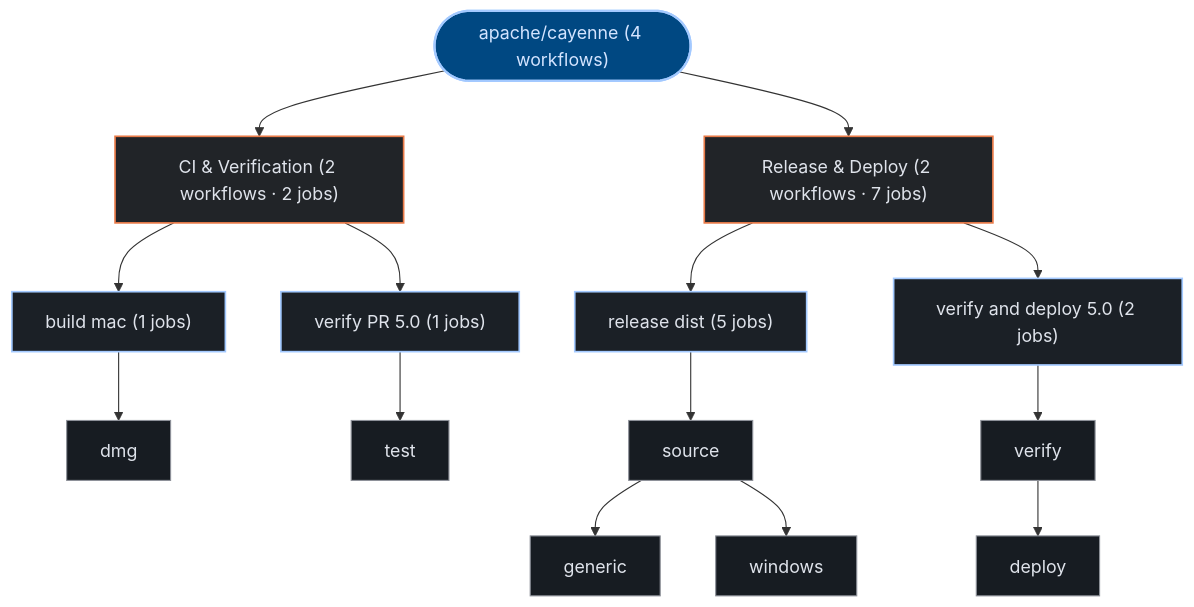
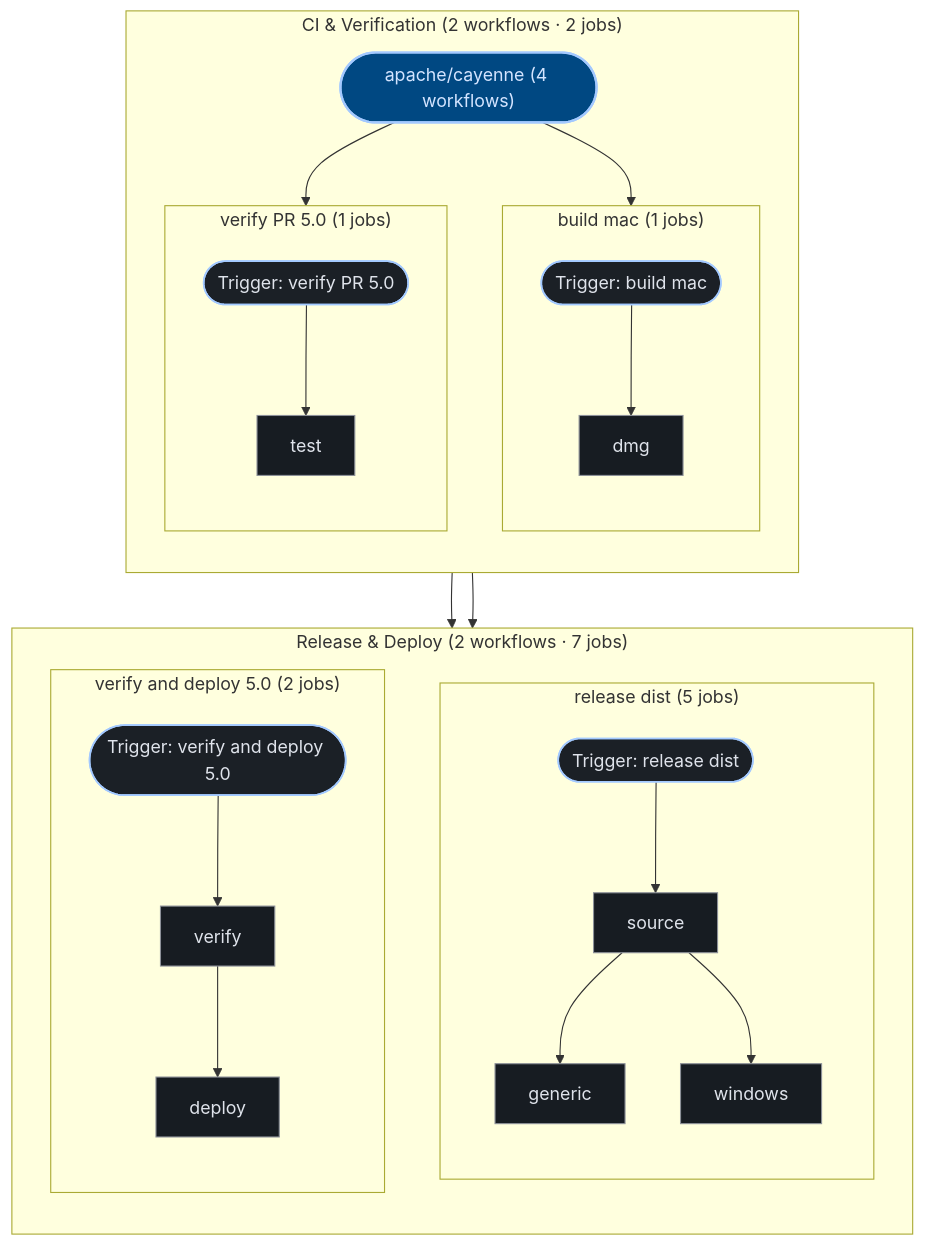
The third of 3 diagrams in exports/latest/reports/apache-cayenne-report.md (kumarshaz/atruss-code-atlas), drawn with Mermaid before and after one commit. The commit also changed 181 other files, not shown here.

````diff
--- a/exports/latest/reports/apache-cayenne-report.md
+++ b/exports/latest/reports/apache-cayenne-report.md
@@ -223,37 +223,51 @@
 ```mermaid
 graph TD;
   classDef atlasRoot fill:#004882,stroke:#a3c9ff,stroke-width:2px,color:#d3e4ff
   classDef atlasCategory fill:#212428,stroke:#E87A48,stroke-width:1.5px,color:#dfe3eb
   classDef atlasWorkflow fill:#1b2026,stroke:#a3c9ff,stroke-width:1.5px,color:#dfe3eb
   classDef atlasJob fill:#171c22,stroke:#8d9199,stroke-width:1px,color:#dfe3eb
   classDef atlasTarget fill:#005227,stroke:#8bd99b,stroke-width:1.5px,color:#a7f6b6
   classDef atlasAlert fill:#93000a,stroke:#ffb4ab,stroke-width:1.5px,color:#ffdad6
   classDef atlasMore fill:#252a31,stroke:#8d9199,stroke-dasharray:4 4,color:#c3c6cf
   pipeline_root(["apache/cayenne (4 workflows)"]):::atlasRoot
-  grp_0_CI___Verification["CI & Verification (2 workflows · 2 jobs)"]:::atlasCategory
-  pipeline_root --> grp_0_CI___Verification
-  wf_0_build_mac["build mac (1 jobs)"]:::atlasWorkflow
-  grp_0_CI___Verification --> wf_0_build_mac
-  job_0_dmg["dmg"]:::atlasJob
-  wf_0_build_mac --> job_0_dmg
-  wf_3_verify_PR_5_0["verify PR 5.0 (1 jobs)"]:::atlasWorkflow
-  grp_0_CI___Verification --> wf_3_verify_PR_5_0
-  job_3_test["test"]:::atlasJob
-  wf_3_verify_PR_5_0 --> job_3_test
-  grp_1_Release___Deploy["Release & Deploy (2 workflows · 7 jobs)"]:::atlasCategory
-  pipeline_root --> grp_1_Release___Deploy
-  wf_1_release_dist["release dist (5 jobs)"]:::atlasWorkflow
-  grp_1_Release___Deploy --> wf_1_release_dist
-  job_1_source["source"]:::atlasJob
-  job_1_generic["generic"]:::atlasJob
-  job_1_windows["windows"]:::atlasJob
-  wf_1_release_dist --> job_1_source
-  job_1_source --> job_1_generic
-  job_1_source --> job_1_windows
-  wf_2_verify_and_deploy_5_0["verify and deploy 5.0 (2 jobs)"]:::atlasWorkflow
-  grp_1_Release___Deploy --> wf_2_verify_and_deploy_5_0
-  job_2_verify["verify"]:::atlasJob
-  job_2_deploy["deploy"]:::atlasJob
-  wf_2_verify_and_deploy_5_0 --> job_2_verify
-  job_2_verify --> job_2_deploy
+  subgraph sg_grp_0_CI___Verification["CI & Verification (2 workflows · 2 jobs)"]
+    direction TB
+    subgraph sg_wf_0_build_mac["build mac (1 jobs)"]
+      direction TB
+      wf_0_build_mac(["Trigger: build mac"]):::atlasWorkflow
+      job_0_dmg["dmg"]:::atlasJob
+      wf_0_build_mac --> job_0_dmg
+    end
+    pipeline_root --> wf_0_build_mac
+    subgraph sg_wf_3_verify_PR_5_0["verify PR 5.0 (1 jobs)"]
+      direction TB
+      wf_3_verify_PR_5_0(["Trigger: verify PR 5.0"]):::atlasWorkflow
+      job_3_test["test"]:::atlasJob
+      wf_3_verify_PR_5_0 --> job_3_test
+    end
+    pipeline_root --> wf_3_verify_PR_5_0
+  end
+  subgraph sg_grp_1_Release___Deploy["Release & Deploy (2 workflows · 7 jobs)"]
+    direction TB
+    subgraph sg_wf_1_release_dist["release dist (5 jobs)"]
+      direction TB
+      wf_1_release_dist(["Trigger: release dist"]):::atlasWorkflow
+      job_1_source["source"]:::atlasJob
+      job_1_generic["generic"]:::atlasJob
+      job_1_windows["windows"]:::atlasJob
+      wf_1_release_dist --> job_1_source
+      job_1_source --> job_1_generic
+      job_1_source --> job_1_windows
+    end
+    pipeline_root --> wf_1_release_dist
+    subgraph sg_wf_2_verify_and_deploy_5_0["verify and deploy 5.0 (2 jobs)"]
+      direction TB
+      wf_2_verify_and_deploy_5_0(["Trigger: verify and deploy 5.0"]):::atlasWorkflow
+      job_2_verify["verify"]:::atlasJob
+      job_2_deploy["deploy"]:::atlasJob
+      wf_2_verify_and_deploy_5_0 --> job_2_verify
+      job_2_verify --> job_2_deploy
+    end
+    pipeline_root --> wf_2_verify_and_deploy_5_0
+  end
 ```
````
